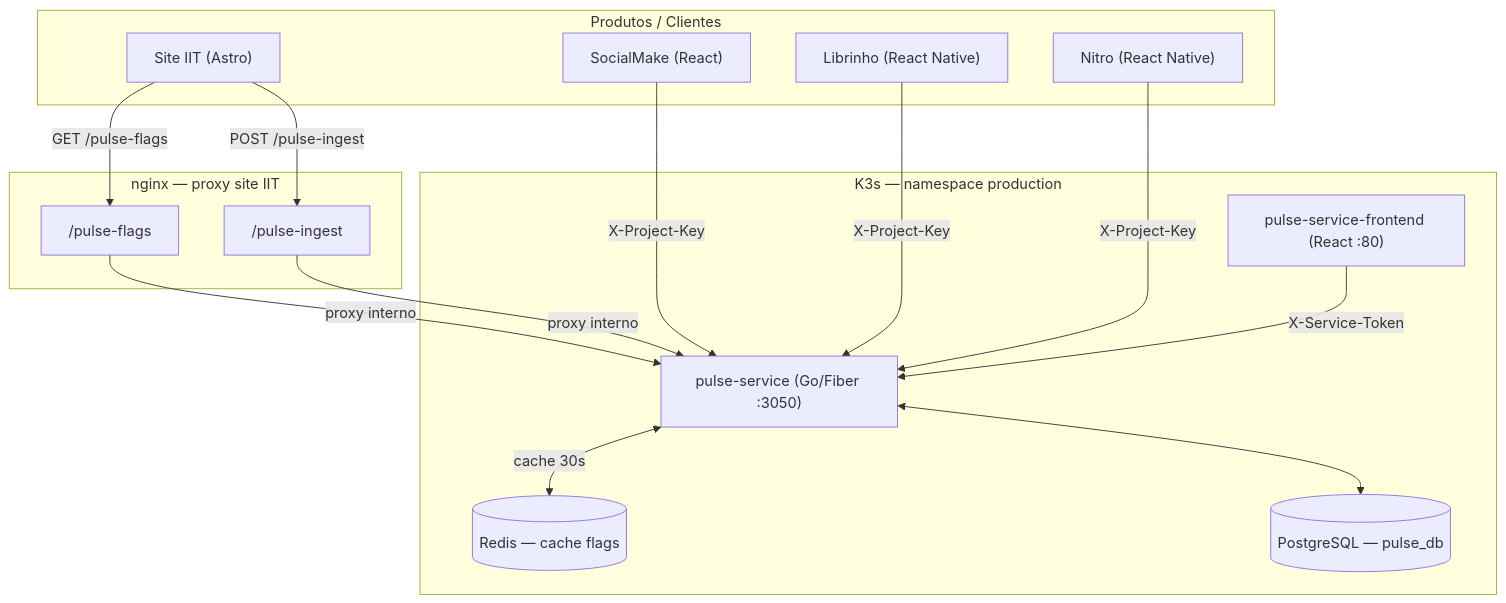
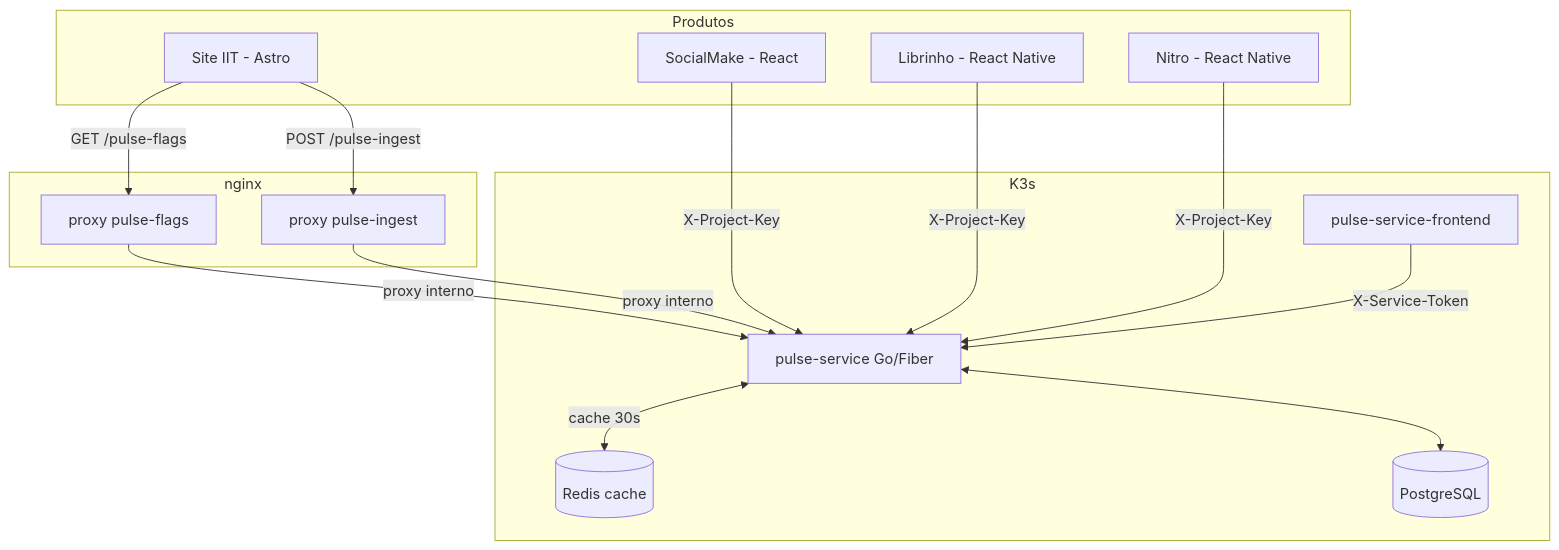
The first of 4 diagrams in README.md (apsferreira/pulse-service), drawn with Mermaid before and after one commit. The commit also changed other lines of this file, not shown here.

Commit message:
fix: simplifica diagramas Mermaid removendo caracteres especiais (quotes, em-dash, unicode arrows)

````diff
--- a/README.md
+++ b/README.md
@@ -7,32 +7,32 @@
 ```mermaid
 graph TD
-    subgraph Produtos["Produtos / Clientes"]
-        A["Site IIT (Astro)"]
-        B["SocialMake (React)"]
-        C["Librinho (React Native)"]
-        D["Nitro (React Native)"]
+    subgraph Produtos
+        A[Site IIT - Astro]
+        B[SocialMake - React]
+        C[Librinho - React Native]
+        D[Nitro - React Native]
     end
 
-    subgraph nginx["nginx — proxy site IIT"]
-        PF["/pulse-flags"]
-        PI["/pulse-ingest"]
+    subgraph nginx
+        PF[proxy pulse-flags]
+        PI[proxy pulse-ingest]
     end
 
-    subgraph K3s["K3s — namespace production"]
-        PS["pulse-service (Go/Fiber :3050)"]
-        RD[("Redis — cache flags")]
-        DB[("PostgreSQL — pulse_db")]
-        FE["pulse-service-frontend (React :80)"]
+    subgraph K3s
+        PS[pulse-service Go/Fiber]
+        RD[(Redis cache)]
+        DB[(PostgreSQL)]
+        FE[pulse-service-frontend]
     end
 
     A -->|GET /pulse-flags| PF
     A -->|POST /pulse-ingest| PI
     PF -->|proxy interno| PS
     PI -->|proxy interno| PS
     B -->|X-Project-Key| PS
     C -->|X-Project-Key| PS
     D -->|X-Project-Key| PS
     PS <-->|cache 30s| RD
     PS <--> DB
     FE -->|X-Service-Token| PS
 ```
````
